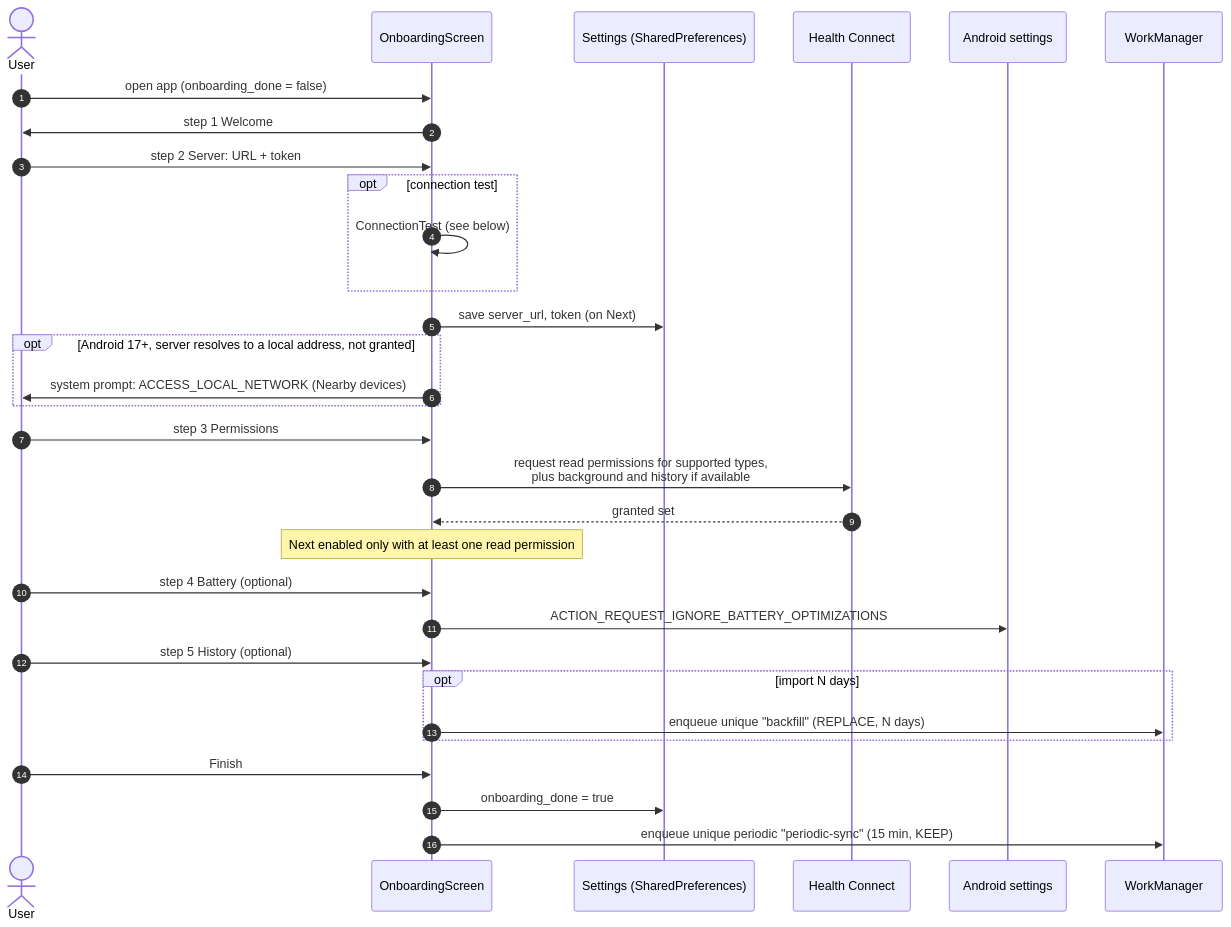
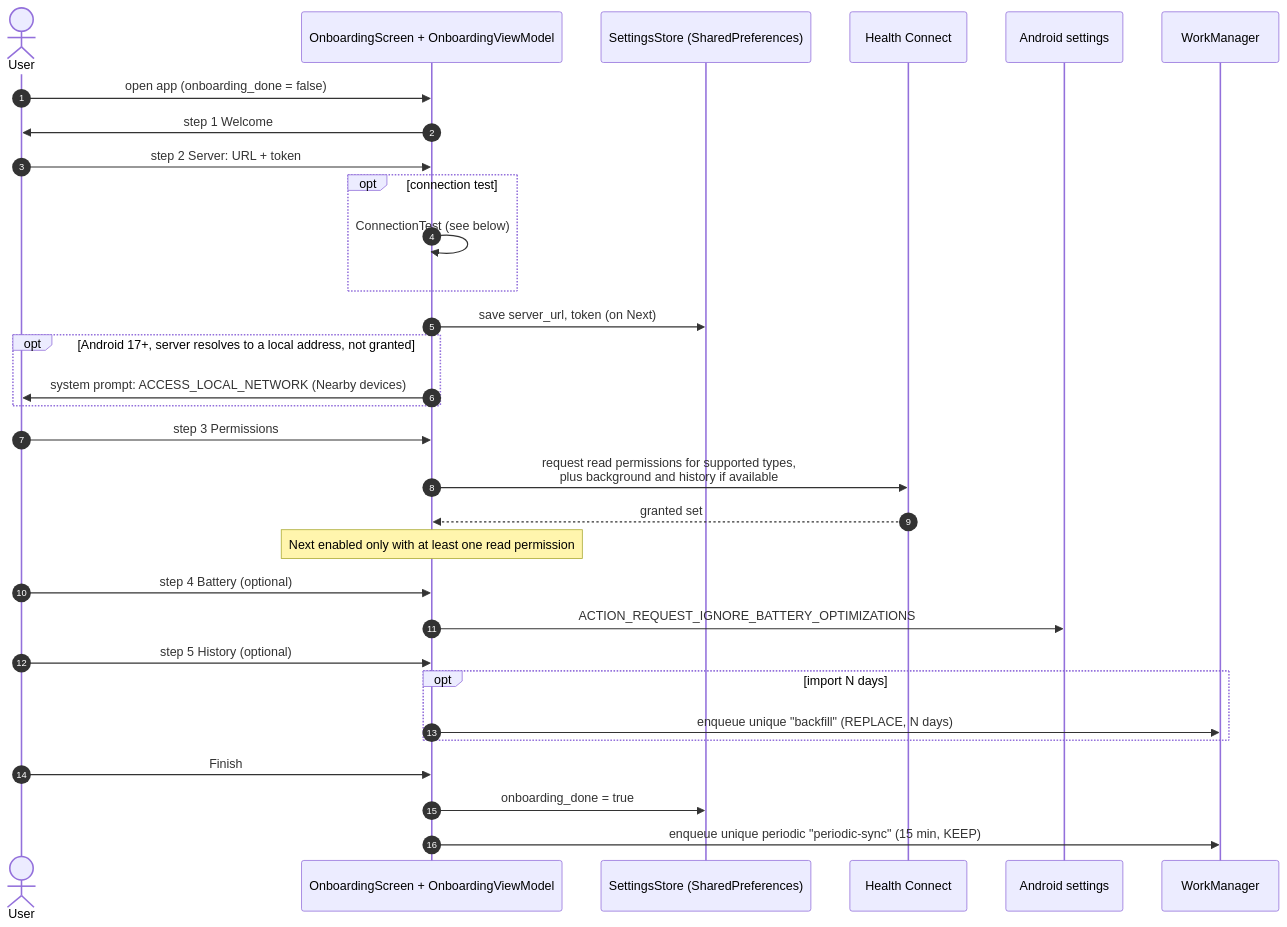
Before and after one commit to MateuxLucax/health-connect-bridge: the first of 8 diagrams in docs/sequences.md, drawn with Mermaid. The commit also changed other lines of this file and 10 other files, not shown here.

````diff
--- a/docs/sequences.md
+++ b/docs/sequences.md
@@ -17,34 +18,34 @@
 ```mermaid
 sequenceDiagram
     autonumber
     actor U as User
-    participant O as OnboardingScreen
-    participant SP as Settings (SharedPreferences)
+    participant O as OnboardingScreen + OnboardingViewModel
+    participant SP as SettingsStore (SharedPreferences)
     participant HC as Health Connect
     participant OS as Android settings
     participant WM as WorkManager
 
     U->>O: open app (onboarding_done = false)
     O->>U: step 1 Welcome
     U->>O: step 2 Server: URL + token
     opt connection test
         O->>O: ConnectionTest (see below)
     end
     O->>SP: save server_url, token (on Next)
     opt Android 17+, server resolves to a local address, not granted
         O->>U: system prompt: ACCESS_LOCAL_NETWORK (Nearby devices)
     end
     U->>O: step 3 Permissions
     O->>HC: request read permissions for supported types,<br/>plus background and history if available
     HC-->>O: granted set
     Note over O: Next enabled only with at least one read permission
     U->>O: step 4 Battery (optional)
     O->>OS: ACTION_REQUEST_IGNORE_BATTERY_OPTIMIZATIONS
     U->>O: step 5 History (optional)
     opt import N days
         O->>WM: enqueue unique "backfill" (REPLACE, N days)
     end
     U->>O: Finish
     O->>SP: onboarding_done = true
     O->>WM: enqueue unique periodic "periodic-sync" (15 min, KEEP)
 ```
````
